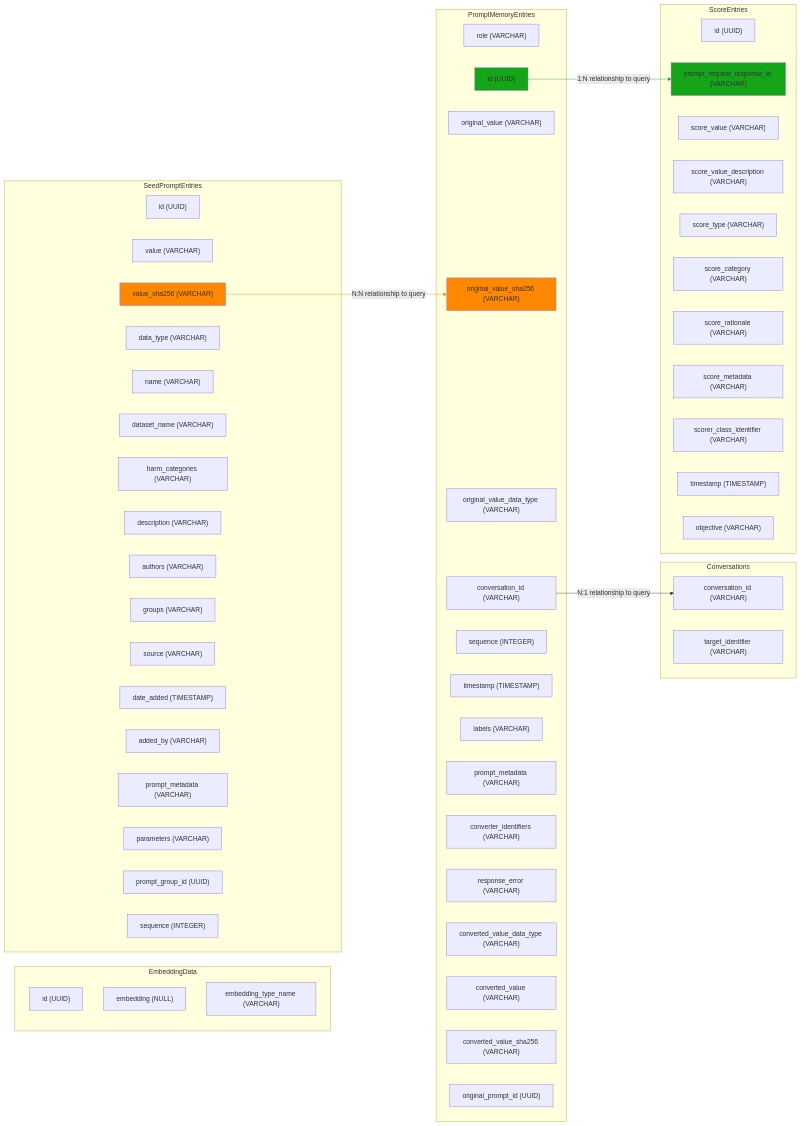
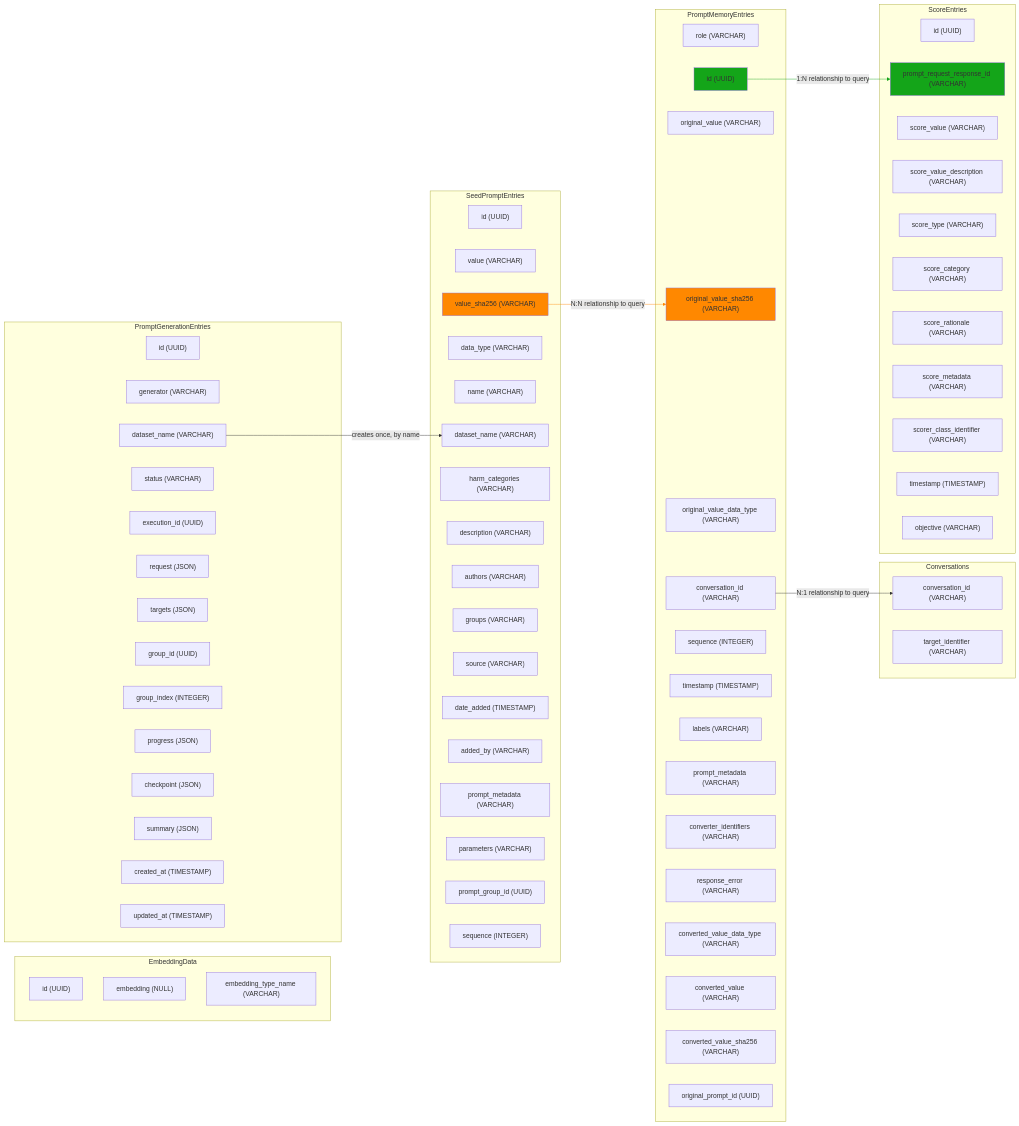
The diagram in doc/code/memory/9_schema_diagram.md (microsoft/PyRIT), drawn with Mermaid before and after one commit. The commit also changed 29 other files, not shown here.

Commit message:
FEAT: Prompt generation jobs in the backend (-5) (#4134)

```diff
--- a/doc/code/memory/9_schema_diagram.md
+++ b/doc/code/memory/9_schema_diagram.md
@@ -66,9 +66,26 @@
         Sc_timestamp["timestamp (TIMESTAMP)"]
         Sc_objective["objective (VARCHAR)"]
   end
+ subgraph PromptGenerationEntries["PromptGenerationEntries"]
+        G_id["id (UUID)"]
+        G_generator["generator (VARCHAR)"]
+        G_dataset_name["dataset_name (VARCHAR)"]
+        G_status["status (VARCHAR)"]
+        G_execution_id["execution_id (UUID)"]
+        G_request["request (JSON)"]
+        G_targets["targets (JSON)"]
+        G_group_id["group_id (UUID)"]
+        G_group_index["group_index (INTEGER)"]
+        G_progress["progress (JSON)"]
+        G_checkpoint["checkpoint (JSON)"]
+        G_summary["summary (JSON)"]
+        G_created_at["created_at (TIMESTAMP)"]
+        G_updated_at["updated_at (TIMESTAMP)"]
+  end
     S_value_sha256 -- N:N relationship to query --> P_original_value_sha256
     P_id -- 1:N relationship to query --> Sc_prompt_request_response_id
     P_conversation_id -- N:1 relationship to query --> C_conversation_id
+    G_dataset_name -- creates once, by name --> S_dataset_name
 
     style S_value_sha256 fill:#ff8800ff
     style P_id fill:#14a519ff
```
